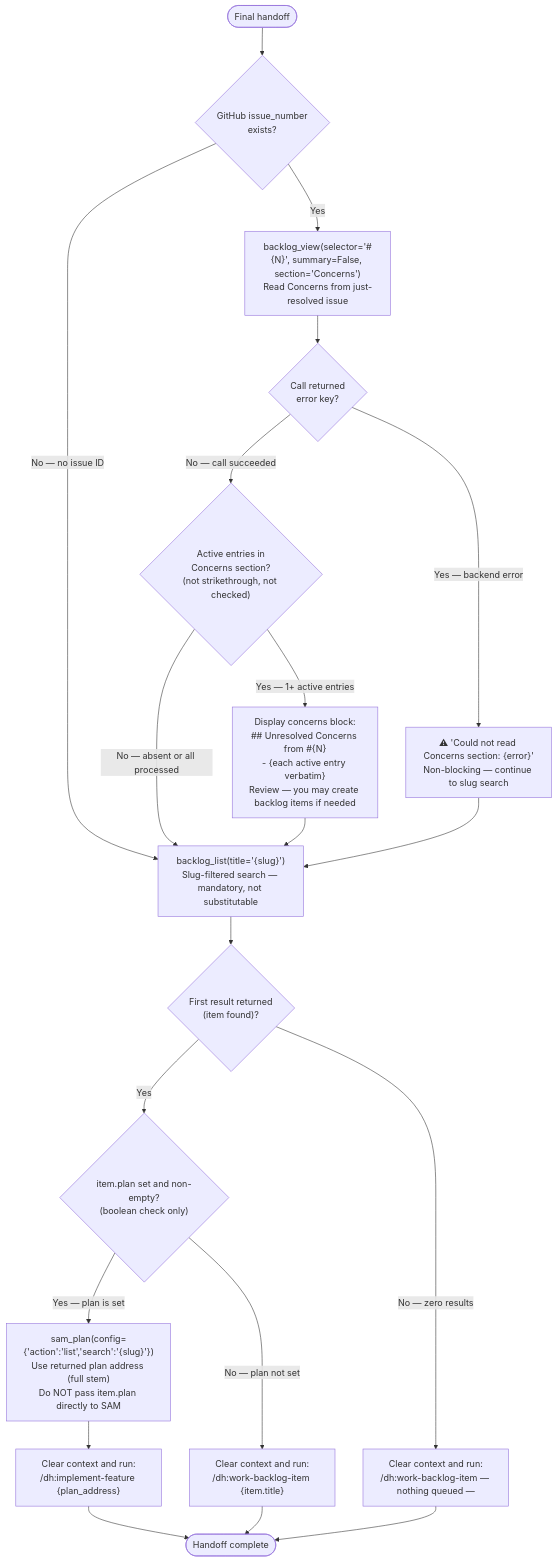
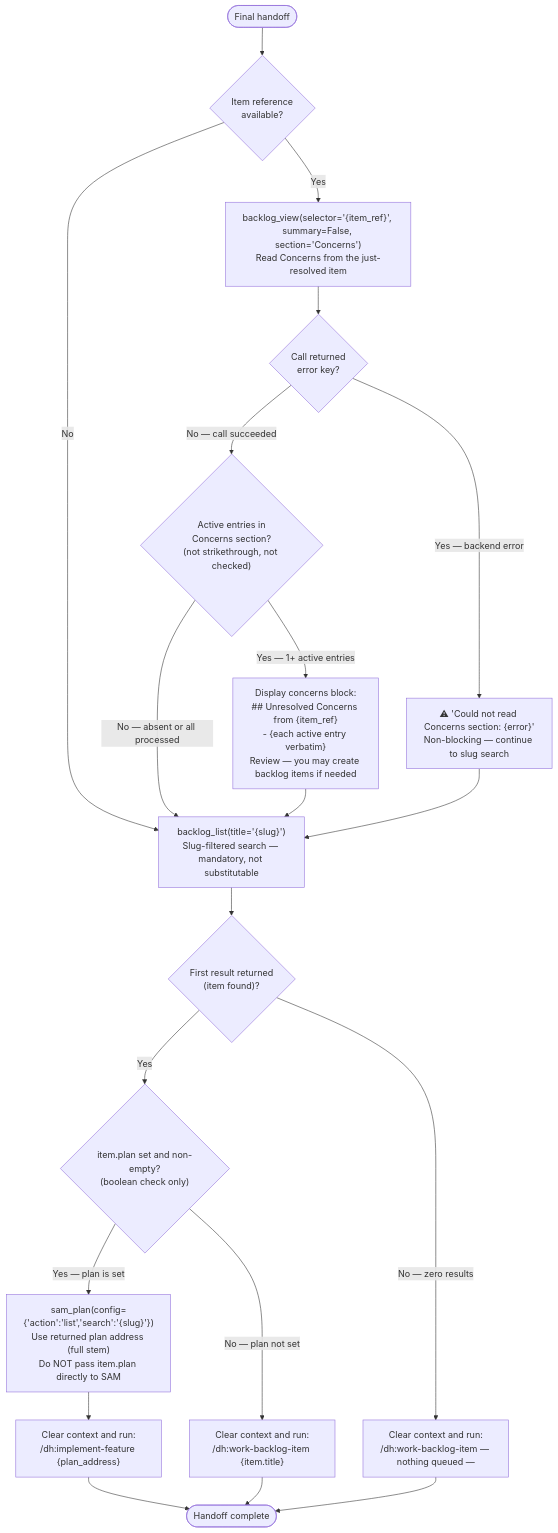
The diagram in plugins/development-harness/skills/complete-implementation/references/final-handoff.md (Jamie-BitFlight/claude_skills), drawn with Mermaid before and after one commit. The commit also changed other lines of this file and 3 other files, not shown here.

First line of the commit message:
docs(dh): key the handoff Concerns read to the item reference

````diff
--- a/plugins/development-harness/skills/complete-implementation/references/final-handoff.md
+++ b/plugins/development-harness/skills/complete-implementation/references/final-handoff.md
@@ -46,25 +46,25 @@
 ```mermaid
 flowchart TD
-    %% Step 1: Read Concerns from just-resolved issue — MUST run before slug-search routing
-    %% #{N} = issue_number extracted in 'Apply status:verified Label' Step 2
-    Start([Final handoff]) --> HasIssue{"GitHub issue_number<br>exists?"}
-    HasIssue -->|"No — no issue ID"| Fetch
-    HasIssue -->|Yes| ConcernsCheck["backlog_view(selector='#{N}', summary=False, section='Concerns')<br>Read Concerns from just-resolved issue"]
+    %% Step 1: Read Concerns from the just-resolved item — MUST run before slug-search routing
+    %% {item_ref} = the matched item's reference, from 'Apply status:verified Label' Step 2
+    Start([Final handoff]) --> HasRef{"Item reference<br>available?"}
+    HasRef -->|"No"| Fetch
+    HasRef -->|Yes| ConcernsCheck["backlog_view(selector='{item_ref}', summary=False, section='Concerns')<br>Read Concerns from the just-resolved item"]
     ConcernsCheck --> ConcernsError{"Call returned<br>error key?"}
     ConcernsError -->|"Yes — backend error"| WarnContinue["⚠ 'Could not read Concerns section: {error}'<br>Non-blocking — continue to slug search"]
     ConcernsError -->|"No — call succeeded"| HasActiveConcerns{"Active entries in<br>Concerns section?<br>(not strikethrough, not checked)"}
-    HasActiveConcerns -->|"Yes — 1+ active entries"| DisplayConcerns["Display concerns block:<br>## Unresolved Concerns from #{N}<br>- {each active entry verbatim}<br>Review — you may create backlog items if needed"]
+    HasActiveConcerns -->|"Yes — 1+ active entries"| DisplayConcerns["Display concerns block:<br>## Unresolved Concerns from {item_ref}<br>- {each active entry verbatim}<br>Review — you may create backlog items if needed"]
     HasActiveConcerns -->|"No — absent or all processed"| Fetch
     DisplayConcerns --> Fetch
     WarnContinue --> Fetch
     %% The filter is mandatory — do NOT substitute a general P1/P2 listing already in context
     Fetch["backlog_list(title='{slug}')<br>Slug-filtered search — mandatory, not substitutable"] --> ItemFound{"First result returned<br>(item found)?"}
     ItemFound -->|"No — zero results"| NothingQueued["Clear context and run:<br>/dh:work-backlog-item — nothing queued —"]
     ItemFound -->|"Yes"| PlanSet{"item.plan set and non-empty?<br>(boolean check only)"}
     PlanSet -->|"Yes — plan is set"| ResolvePlan["sam_plan(config={'action':'list','search':'{slug}'})<br>Use returned plan address (full stem)<br>Do NOT pass item.plan directly to SAM"]
     PlanSet -->|"No — plan not set"| WorkItem["Clear context and run:<br>/dh:work-backlog-item {item.title}"]
     ResolvePlan --> ImplementFeature["Clear context and run:<br>/dh:implement-feature {plan_address}"]
     ImplementFeature --> Done([Handoff complete])
     WorkItem --> Done
     NothingQueued --> Done
 ```
````
